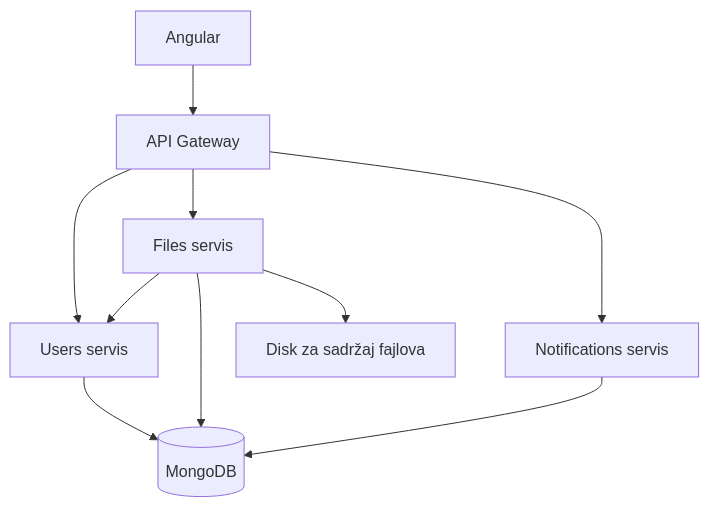
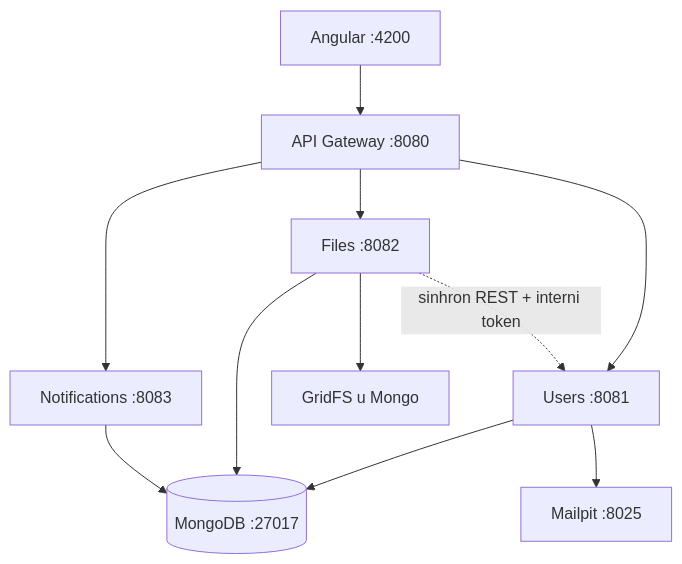
One commit to rastko24/cloud-drive-microservices changed the diagram in README.md. Above: the diagram before and after it, drawn with Mermaid. The commit also changed other lines of this file and 4 other files, not shown here.

````diff
--- a/README.md
+++ b/README.md
@@ -20,20 +20,21 @@
 ```mermaid
 flowchart TB
-  angular[Angular]
-  gateway[API Gateway]
-  users[Users servis]
-  files[Files servis]
-  notif[Notifications servis]
-  mongo[(MongoDB)]
-  disk[Disk za sadržaj fajlova]
+  angular[Angular :4200]
+  gateway[API Gateway :8080]
+  users[Users :8081]
+  files[Files :8082]
+  notif[Notifications :8083]
+  mailpit[Mailpit :8025]
+  mongo[(MongoDB :27017)]
 
   angular --> gateway
   gateway --> users
   gateway --> files
   gateway --> notif
   users --> mongo
   files --> mongo
   notif --> mongo
-  files --> disk
-  files --> users
+  files --> gridfs[GridFS u Mongo]
+  users --> mailpit
+  files -.->|sinhron REST + interni token| users
 ```
````
